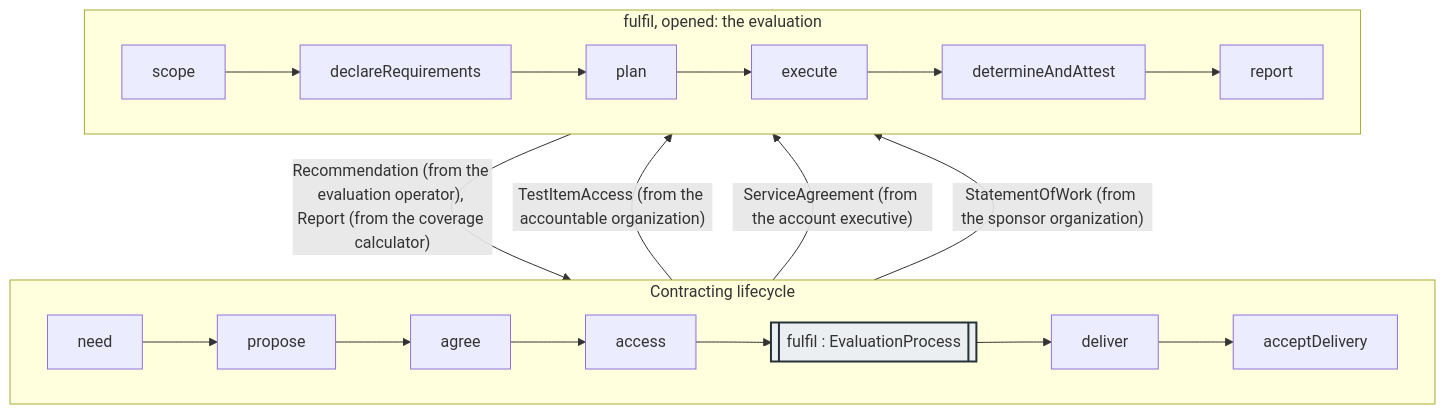
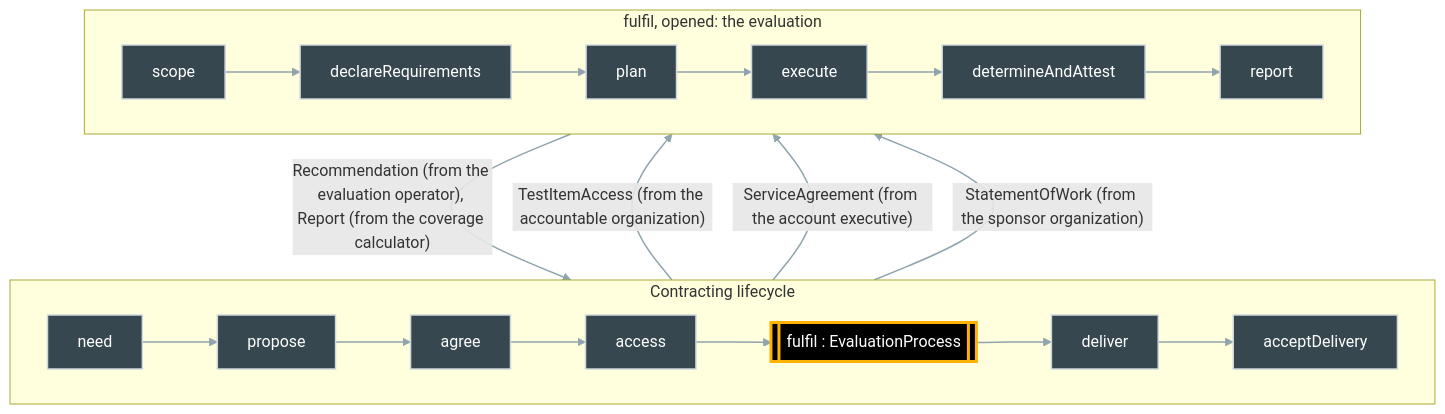
The diagram in generated/nesting.md (DynamicalSystemsGroup/og-caie-spec), drawn with Mermaid before and after one commit. The commit also changed 5 other files, not shown here.

````diff
--- a/generated/nesting.md
+++ b/generated/nesting.md
@@ -1,17 +1,20 @@
 ```{mermaid}
 flowchart TB
   subgraph OUTER["Contracting lifecycle"]
     direction LR
     o_need[need] --> o_propose[propose] --> o_agree[agree] --> o_access[access] --> o_fulfil[["fulfil : EvaluationProcess"]] --> o_deliver[deliver] --> o_acceptDelivery[acceptDelivery]
   end
   subgraph INNER["fulfil, opened: the evaluation"]
     direction LR
     i_scope[scope] --> i_declareRequirements[declareRequirements] --> i_plan[plan] --> i_execute[execute] --> i_determineAndAttest[determineAndAttest] --> i_report[report]
   end
   i_report -- "Recommendation (from the evaluation operator), Report (from the coverage calculator)" --> o_deliver
   o_access -- "TestItemAccess (from the accountable organization)" --> i_execute
   o_agree -- "ServiceAgreement (from the account executive)" --> i_declareRequirements
   o_agree -- "StatementOfWork (from the sponsor organization)" --> i_scope
-  classDef black fill:#eceff1,stroke:#263238,stroke-width:2px;
+  classDef step fill:#37474f,stroke:#cfd8dc,stroke-width:1.5px,color:#ffffff;
+  classDef black fill:#000000,stroke:#ffb300,stroke-width:3px,color:#ffffff;
+  class o_need,o_propose,o_agree,o_access,o_deliver,o_acceptDelivery,i_scope,i_declareRequirements,i_plan,i_execute,i_determineAndAttest,i_report step;
+  linkStyle default stroke:#90a4ae,stroke-width:1.5px;
   class o_fulfil black;
 ```
````
